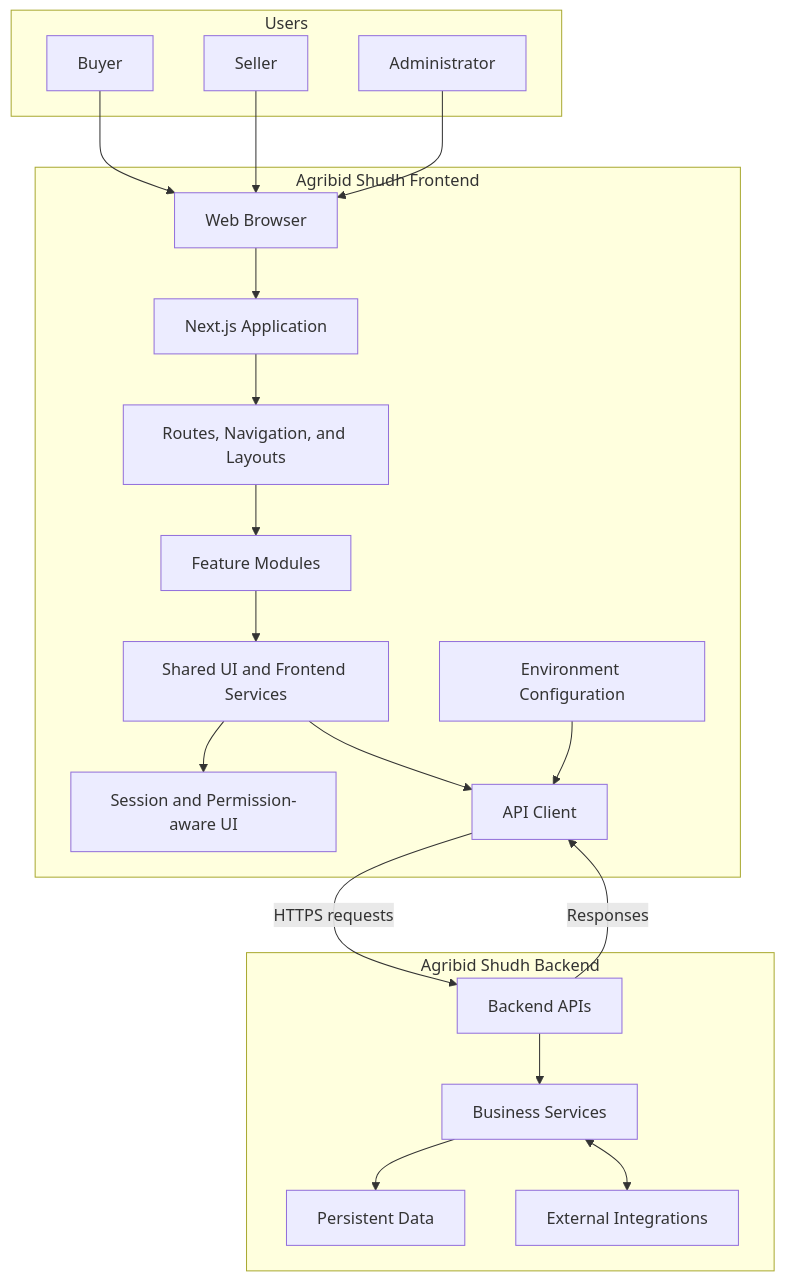
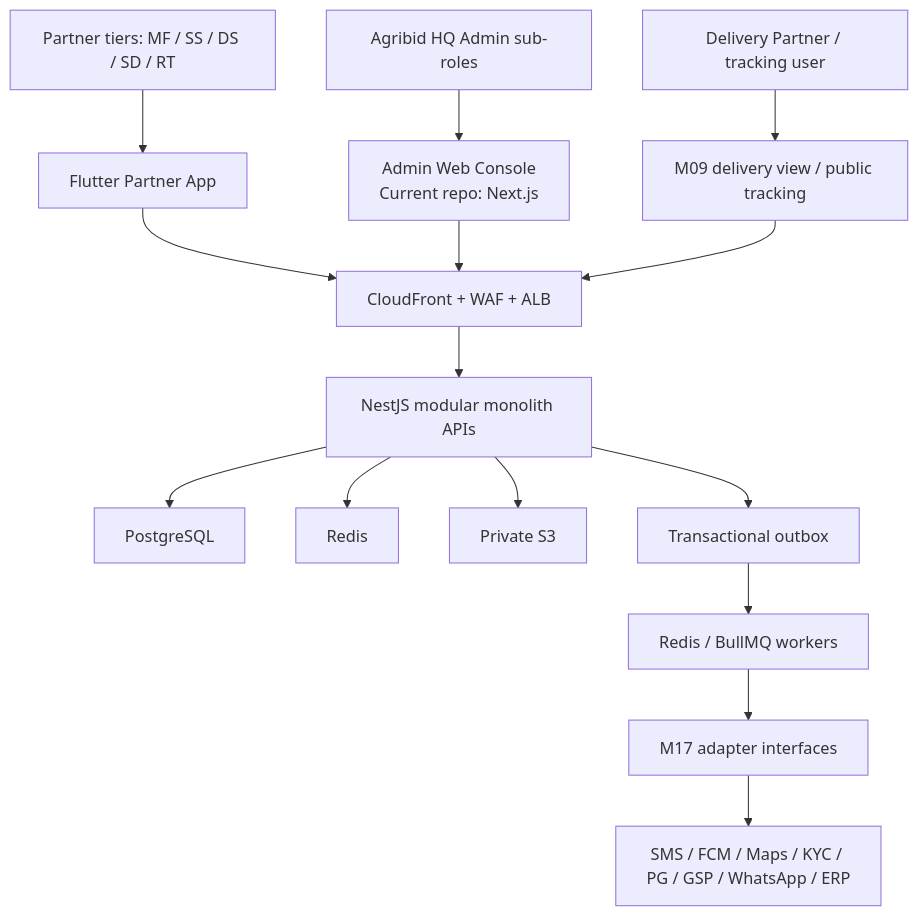
The second of 4 diagrams in README.md (ayush300302/Agribid_Shudh_FrontEnd), drawn with Mermaid before and after one commit. The commit also changed other lines of this file, not shown here.

Commit message:
Add frontend Hld

````diff
--- a/README.md
+++ b/README.md
@@ -36,32 +115,17 @@
 ```mermaid
 flowchart TB
-    subgraph Users
-        Buyer["Buyer"]
-        Seller["Seller"]
-        Admin["Administrator"]
-    end
-
-    subgraph Frontend["Agribid Shudh Frontend"]
-        Browser["Web Browser"] --> App["Next.js Application"]
-        App --> Shell["Routes, Navigation, and Layouts"]
-        Shell --> Features["Feature Modules"]
-        Features --> Shared["Shared UI and Frontend Services"]
-        Shared --> Auth["Session and Permission-aware UI"]
-        Shared --> APIClient["API Client"]
-        Config["Environment Configuration"] --> APIClient
-    end
-
-    Buyer --> Browser
-    Seller --> Browser
-    Admin --> Browser
-
-    APIClient -->|"HTTPS requests"| API["Backend APIs"]
-
-    subgraph Backend["Agribid Shudh Backend"]
-        API --> Services["Business Services"]
-        Services --> Data["Persistent Data"]
-        Services <--> Integrations["External Integrations"]
-    end
-
-    API -->|"Responses"| APIClient
+    Partners["Partner tiers: MF / SS / DS / SD / RT"] --> Mobile[Flutter Partner App]
+    HQ["Agribid HQ Admin sub-roles"] --> Web["Admin Web Console<br/>Current repo: Next.js"]
+    Delivery["Delivery Partner / tracking user"] --> DeliveryView["M09 delivery view / public tracking"]
+    Mobile --> Edge["CloudFront + WAF + ALB"]
+    Web --> Edge
+    DeliveryView --> Edge
+    Edge --> API["NestJS modular monolith APIs"]
+    API --> PG[PostgreSQL]
+    API --> Redis[Redis]
+    API --> S3[Private S3]
+    API --> Outbox[Transactional outbox]
+    Outbox --> Workers[Redis / BullMQ workers]
+    Workers --> M17[M17 adapter interfaces]
+    M17 --> External["SMS / FCM / Maps / KYC / PG / GSP / WhatsApp / ERP"]
 ```
````
